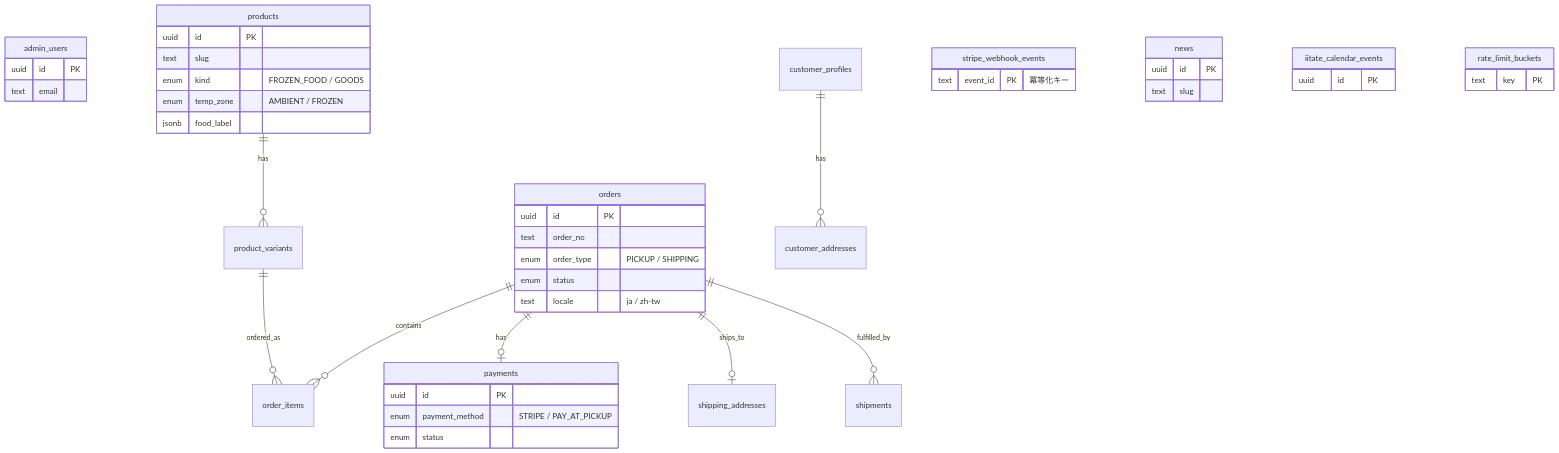
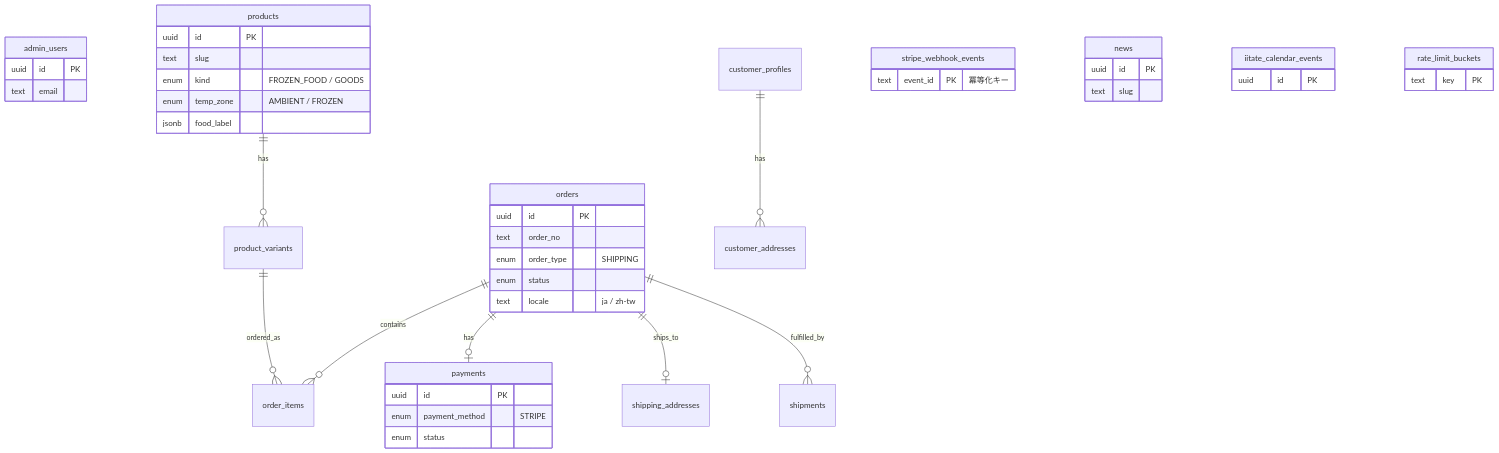
The seventh of 9 diagrams in docs/SYSTEM_ARCHITECTURE.md (FuseKota/momo-payment), drawn with Mermaid before and after one commit. The commit also changed other lines of this file and 7 other files, not shown here.

````diff
--- a/docs/SYSTEM_ARCHITECTURE.md
+++ b/docs/SYSTEM_ARCHITECTURE.md
@@ -226,46 +226,46 @@
 ```mermaid
 erDiagram
     admin_users {
         uuid id PK
         text email
     }
     products ||--o{ product_variants : has
     products {
         uuid id PK
         text slug
         enum kind "FROZEN_FOOD / GOODS"
         enum temp_zone "AMBIENT / FROZEN"
         jsonb food_label
     }
     product_variants ||--o{ order_items : ordered_as
     orders ||--o{ order_items : contains
     orders ||--o| payments : has
     orders ||--o| shipping_addresses : ships_to
     orders ||--o{ shipments : fulfilled_by
     orders {
         uuid id PK
         text order_no
-        enum order_type "PICKUP / SHIPPING"
+        enum order_type "SHIPPING"
         enum status
         text locale "ja / zh-tw"
     }
     payments {
         uuid id PK
-        enum payment_method "STRIPE / PAY_AT_PICKUP"
+        enum payment_method "STRIPE"
         enum status
     }
     customer_profiles ||--o{ customer_addresses : has
     stripe_webhook_events {
         text event_id PK "冪等化キー"
     }
     news {
         uuid id PK
         text slug
     }
     iitate_calendar_events {
         uuid id PK
     }
     rate_limit_buckets {
         text key PK
     }
 ```
````
